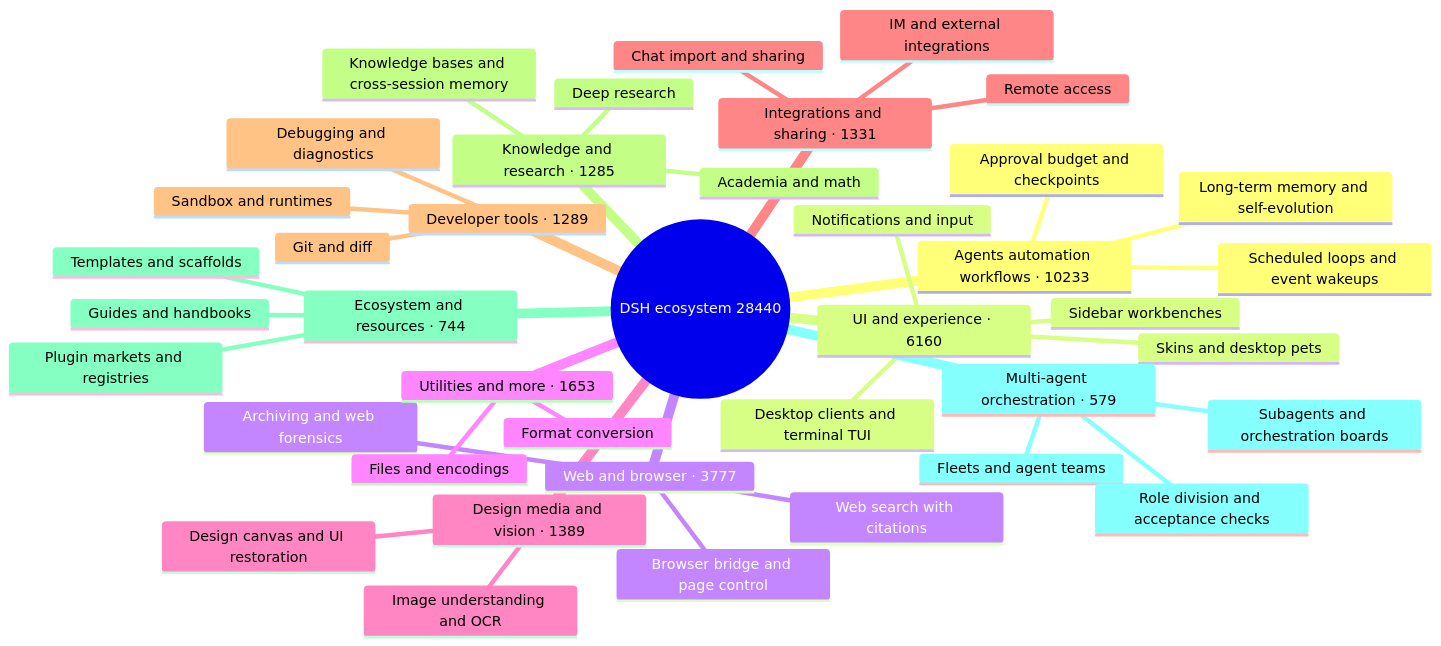
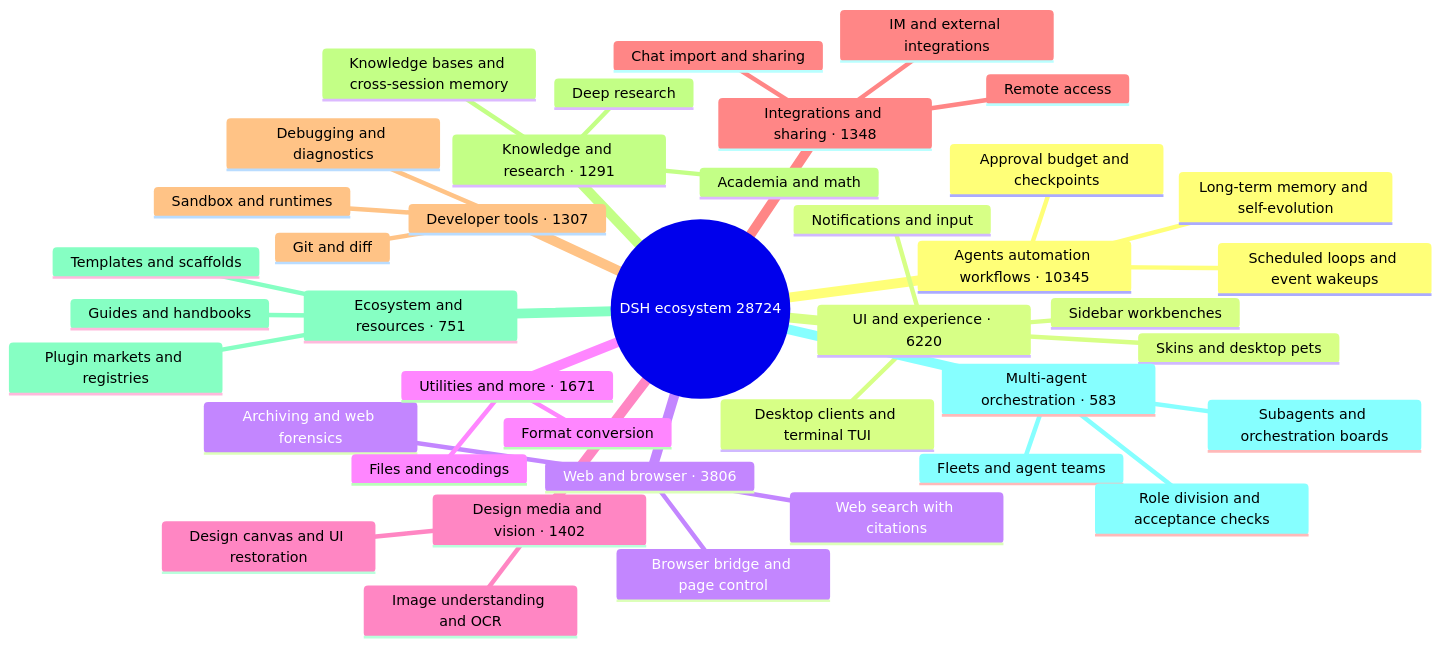
The diagram in README_EN.md (bruc3van/awesome-dsh-plugin), drawn with Mermaid before and after one commit. The commit also changed other lines of this file and 27 other files, not shown here.

````diff
--- a/README_EN.md
+++ b/README_EN.md
@@ -34,43 +34,43 @@
 ```mermaid
 mindmap
-  root((DSH ecosystem 28440))
-    Agents automation workflows · 10233
+  root((DSH ecosystem 28724))
+    Agents automation workflows · 10345
       Scheduled loops and event wakeups
       Long-term memory and self-evolution
       Approval budget and checkpoints
-    UI and experience · 6160
+    UI and experience · 6220
       Desktop clients and terminal TUI
       Sidebar workbenches
       Skins and desktop pets
       Notifications and input
-    Web and browser · 3777
+    Web and browser · 3806
       Browser bridge and page control
       Web search with citations
       Archiving and web forensics
-    Utilities and more · 1653
+    Utilities and more · 1671
       Files and encodings
       Format conversion
-    Design media and vision · 1389
+    Design media and vision · 1402
       Image understanding and OCR
       Design canvas and UI restoration
-    Integrations and sharing · 1331
+    Integrations and sharing · 1348
       Chat import and sharing
       Remote access
       IM and external integrations
-    Developer tools · 1289
+    Developer tools · 1307
       Git and diff
       Sandbox and runtimes
       Debugging and diagnostics
-    Knowledge and research · 1285
+    Knowledge and research · 1291
       Knowledge bases and cross-session memory
       Deep research
       Academia and math
-    Ecosystem and resources · 744
+    Ecosystem and resources · 751
       Plugin markets and registries
       Templates and scaffolds
       Guides and handbooks
-    Multi-agent orchestration · 579
+    Multi-agent orchestration · 583
       Subagents and orchestration boards
       Fleets and agent teams
       Role division and acceptance checks
 ```
````
